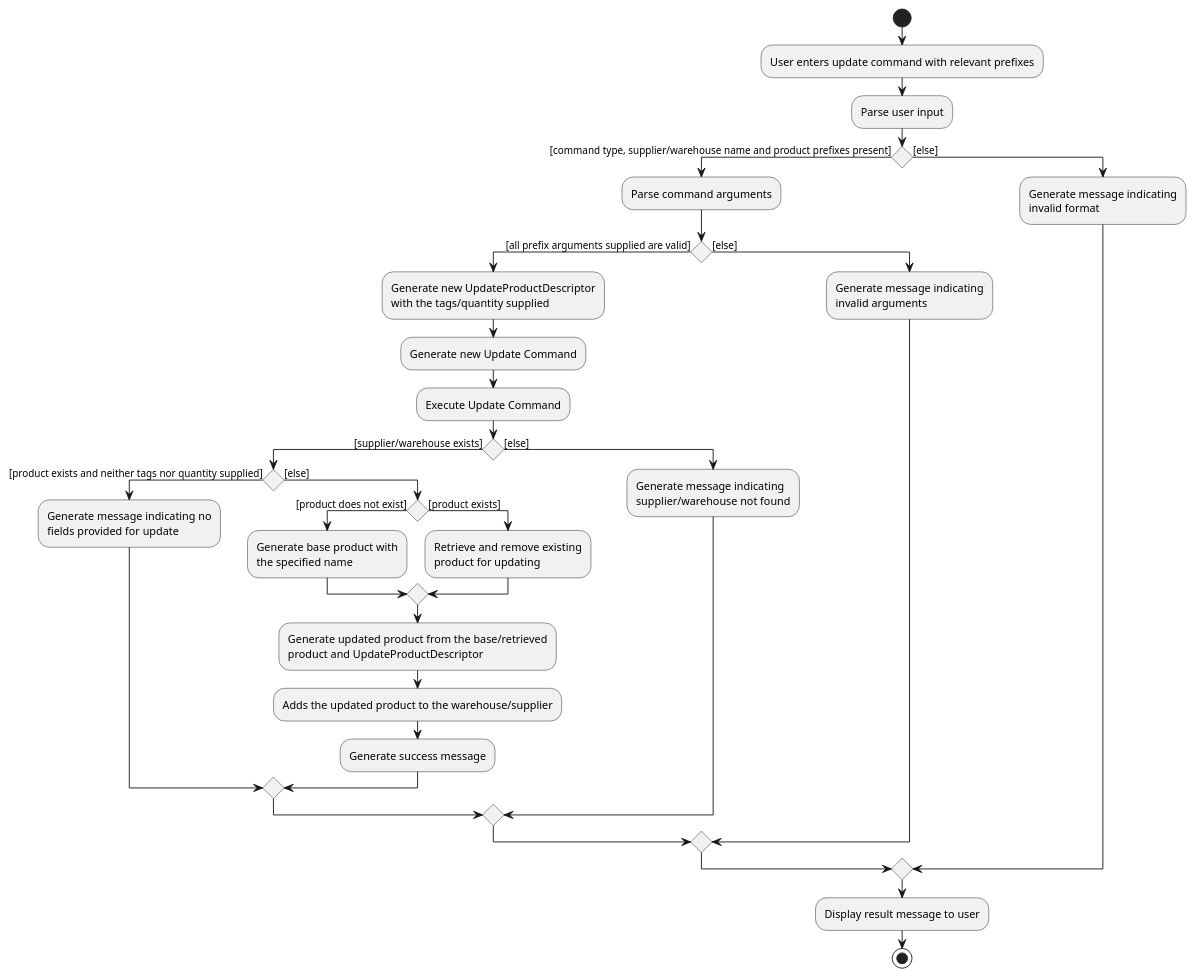
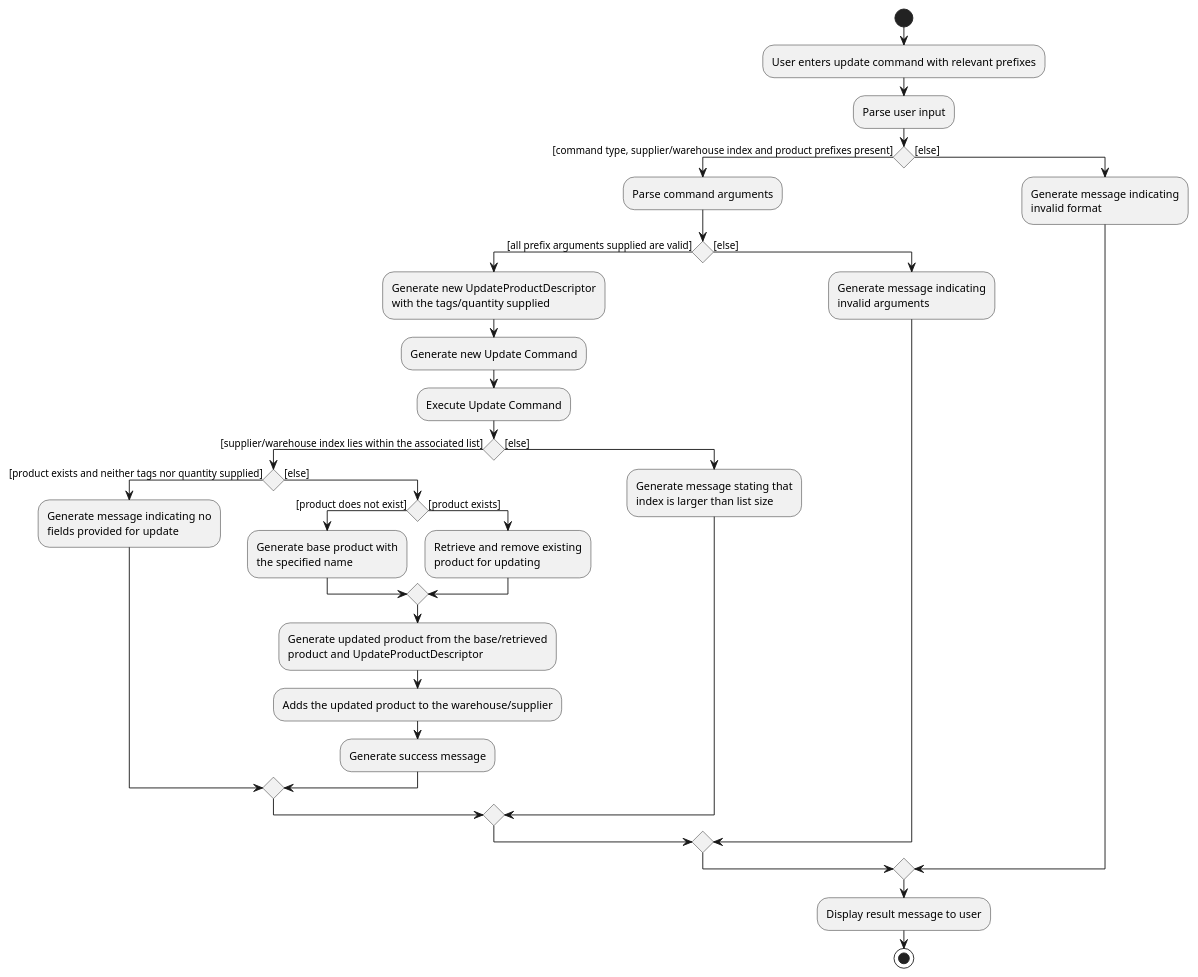
One commit to tohyuting/tp changed the diagram in docs/diagrams/UpdateCommandActivityDiagram.puml. Above: the diagram before and after it, drawn with PlantUML. The commit also changed 7 other files, not shown here.

```diff
--- a/docs/diagrams/UpdateCommandActivityDiagram.puml
+++ b/docs/diagrams/UpdateCommandActivityDiagram.puml
@@ -1,52 +1,52 @@
 @startuml
 start
 :User enters update command with relevant prefixes;
 :Parse user input;
 
 'Since the beta syntax does not support placing the condition outside the
 'diamond we place it as the true branch instead.
 
-if () then ([command type, supplier/warehouse name and product prefixes present])
+if () then ([command type, supplier/warehouse index and product prefixes present])
     :Parse command arguments;
     if () then([all prefix arguments supplied are valid])
         :Generate new UpdateProductDescriptor
         with the tags/quantity supplied;
         :Generate new Update Command;
         :Execute Update Command;
 
-        if () then([supplier/warehouse exists])
+        if () then([supplier/warehouse index lies within the associated list])
           if() then([product exists and neither tags nor quantity supplied])
             :Generate message indicating no
             fields provided for update;
           else ([else])
             if () then([product does not exist])
               :Generate base product with
               the specified name;
             else ([product exists])
               :Retrieve and remove existing
               product for updating;
             endif
 
             :Generate updated product from the base/retrieved
             product and UpdateProductDescriptor;
             :Adds the updated product to the warehouse/supplier;
             :Generate success message;
           endif
 
         else ([else])
-          :Generate message indicating
-          supplier/warehouse not found;
+          :Generate message stating that
+          index is larger than list size;
         endif
 
 
     else ([else])
     :Generate message indicating
     invalid arguments;
     endif
 else ([else])
     :Generate message indicating
     invalid format;
 endif
 :Display result message to user;
 stop
 @enduml
```
